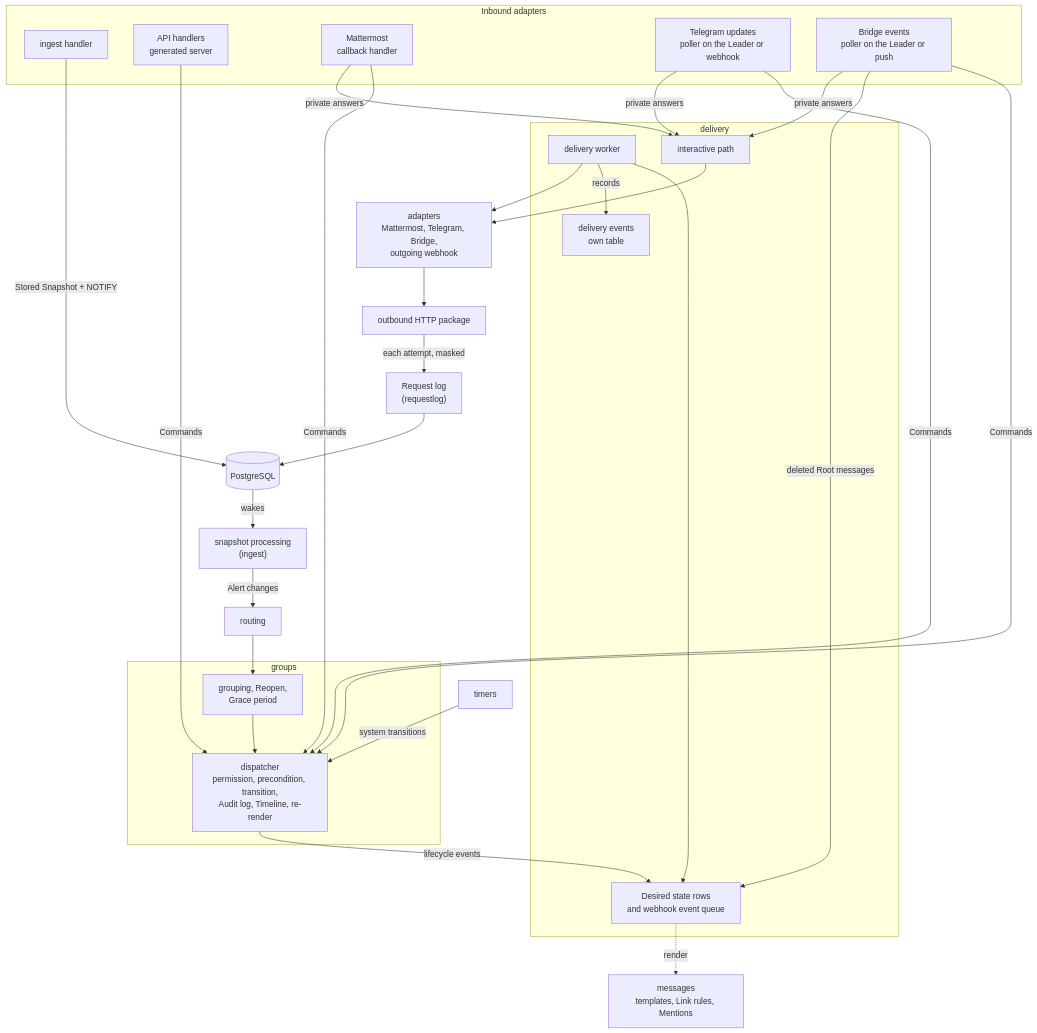
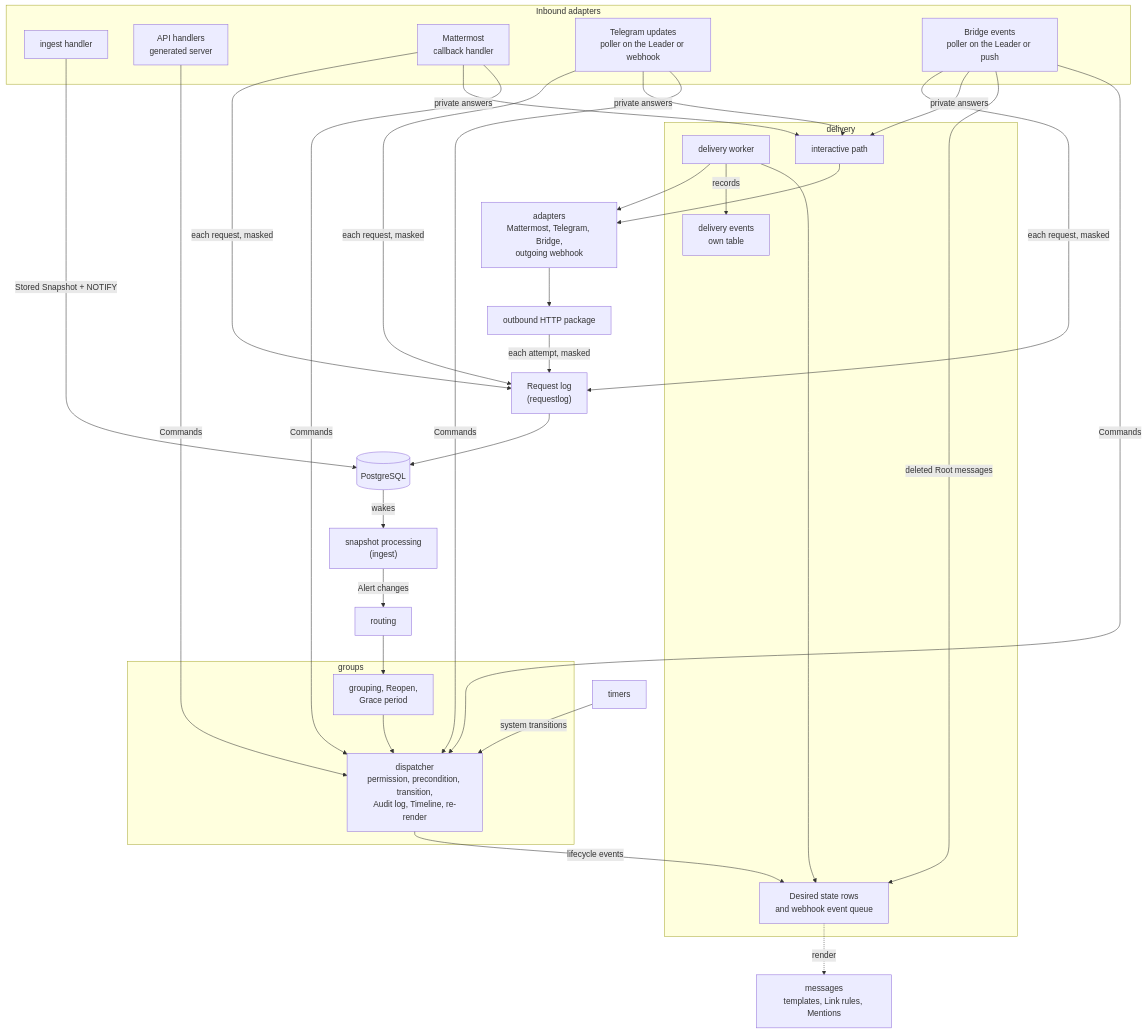
One commit to muster-io/muster changed the third of 27 diagrams in design/architecture.md. Above: the diagram before and after it, drawn with Mermaid. The commit also changed other lines of this file and 54 other files, not shown here.

````diff
--- a/design/architecture.md
+++ b/design/architecture.md
@@ -190,53 +190,54 @@
 ```mermaid
 flowchart TB
     subgraph inbound["Inbound adapters"]
         ingestH["ingest handler"]
         apiH["API handlers<br/>generated server"]
         mmCb["Mattermost<br/>callback handler"]
         tgUp["Telegram updates<br/>poller on the Leader or webhook"]
         brEv["Bridge events<br/>poller on the Leader or push"]
     end
 
     processing["snapshot processing<br/>(ingest)"]
     routing["routing"]
 
     subgraph groups["groups"]
         grouping["grouping, Reopen,<br/>Grace period"]
         dispatcher["dispatcher<br/>permission, precondition, transition,<br/>Audit log, Timeline, re-render"]
     end
 
     timers["timers"]
     messages["messages<br/>templates, Link rules, Mentions"]
 
     subgraph delivery["delivery"]
         desired["Desired state rows<br/>and webhook event queue"]
         worker["delivery worker"]
         devents["delivery events<br/>own table"]
         interactive["interactive path"]
     end
 
     adapters["adapters<br/>Mattermost, Telegram, Bridge,<br/>outgoing webhook"]
     outbound["outbound HTTP package"]
     requestlog["Request log<br/>(requestlog)"]
     db[("PostgreSQL")]
 
     ingestH -- "Stored Snapshot + NOTIFY" --> db
     db -- "wakes" --> processing
     processing -- "Alert changes" --> routing --> grouping --> dispatcher
     apiH -- "Commands" --> dispatcher
     mmCb -- "Commands" --> dispatcher
     tgUp -- "Commands" --> dispatcher
     brEv -- "Commands" --> dispatcher
     brEv -- "deleted Root messages" --> desired
     timers -- "system transitions" --> dispatcher
     dispatcher -- "lifecycle events" --> desired
     desired -. "render" .-> messages
     worker --> desired
     worker -- "records" --> devents
     worker --> adapters
     mmCb & tgUp & brEv -- "private answers" --> interactive
     interactive --> adapters
     adapters --> outbound
     outbound -- "each attempt, masked" --> requestlog
+    mmCb & tgUp & brEv -- "each request, masked" --> requestlog
     requestlog --> db
 ```
````
